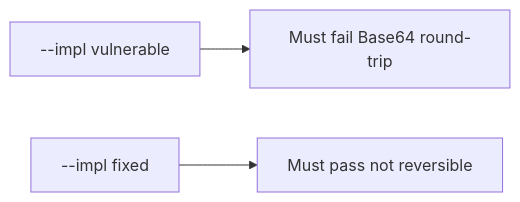
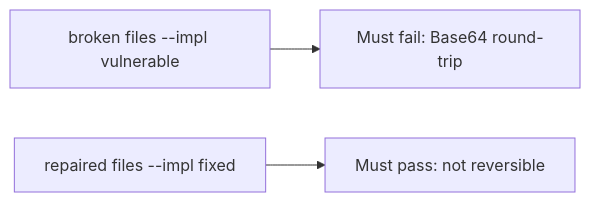
Before and after one commit to ishitvagoel/LearnSecurity: the diagram in content/modules/5/5.2/lessons/05-verify.md, drawn with Mermaid. The commit also changed other lines of this file and 39 other files, not shown here.

````diff
--- a/content/modules/5/5.2/lessons/05-verify.md
+++ b/content/modules/5/5.2/lessons/05-verify.md
@@ -15,5 +14,5 @@
 ```mermaid
 flowchart LR
-  V["--impl vulnerable"] --> F["Must fail Base64 round-trip"]
-  X["--impl fixed"] --> P["Must pass not reversible"]
+  V["broken files --impl vulnerable"] --> F[Must fail: Base64 round-trip]
+  X["repaired files --impl fixed"] --> P[Must pass: not reversible]
 ```
````
